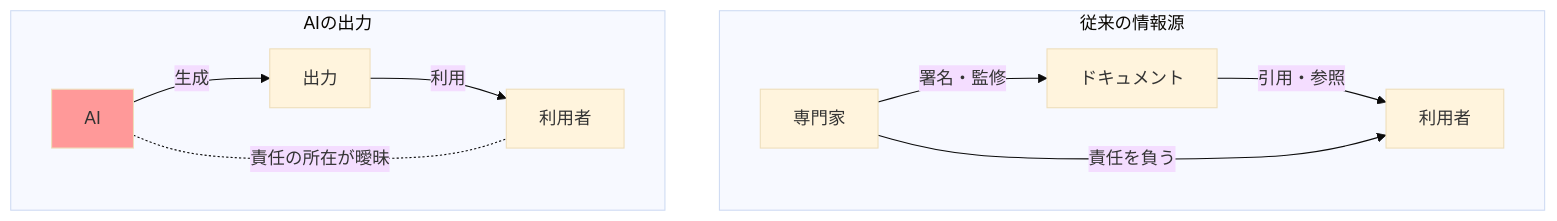
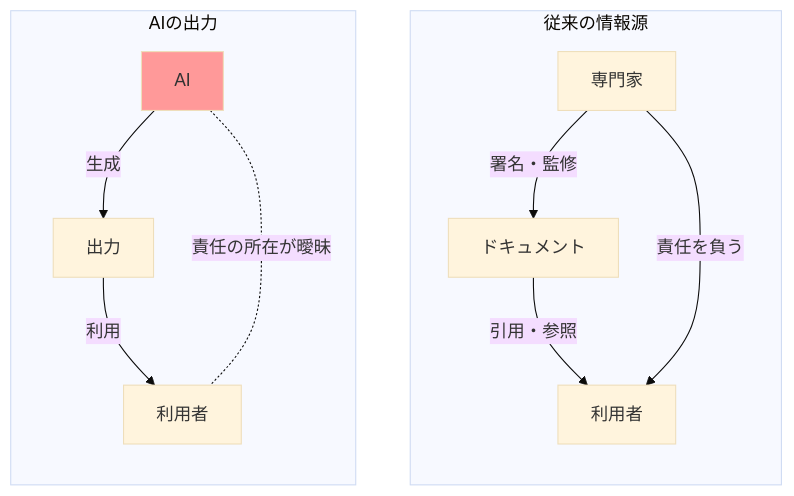
One commit to shuji-bonji/ai-agent-architecture changed the fourth of 15 diagrams in docs/concepts/02-reference-sources.ja.md. Above: the diagram before and after it, drawn with Mermaid (base theme). The commit also changed other lines of this file and 13 other files, not shown here.

Commit message:
fix: Mermaidダイアグラム図の改善

````diff
--- a/docs/concepts/02-reference-sources.ja.md
+++ b/docs/concepts/02-reference-sources.ja.md
@@ -139,16 +139,18 @@
 ```mermaid
 graph TB
     subgraph 従来の情報源
+        direction TB
         EXPERT[専門家] --> |"署名・監修"| DOC[ドキュメント]
         DOC --> |"引用・参照"| USER[利用者]
         EXPERT --> |"責任を負う"| USER
     end
 
     subgraph AIの出力
+        direction TB
         AI[AI] --> |"生成"| OUTPUT[出力]
         OUTPUT --> |"利用"| USER2[利用者]
         AI -.- |"責任の所在が曖昧"| USER2
     end
 
-    style AI fill:#ff9999
+    style AI fill:#ff9999,color:#333
 ```
````
